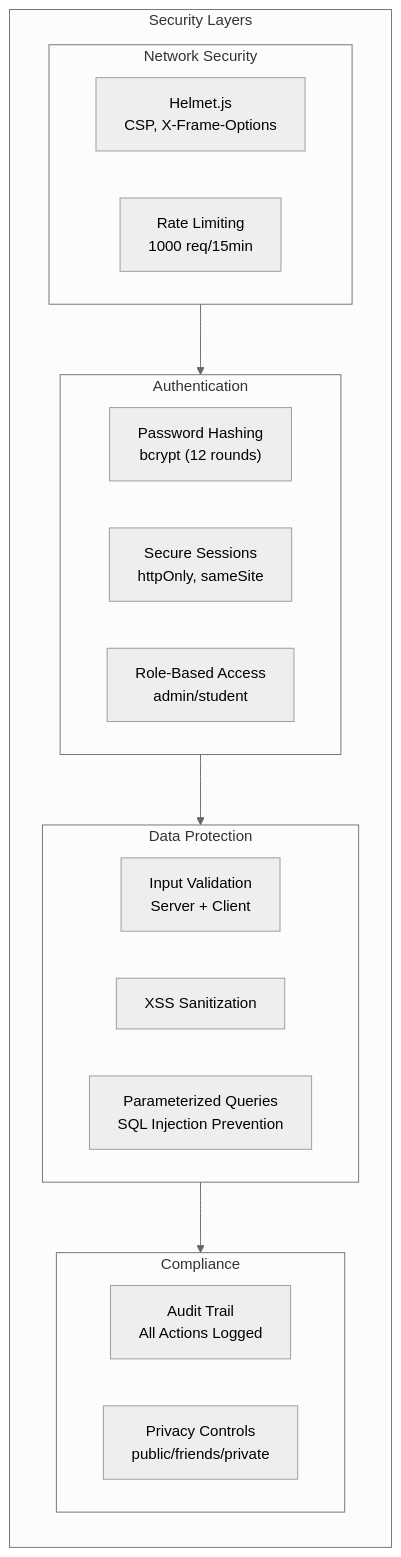
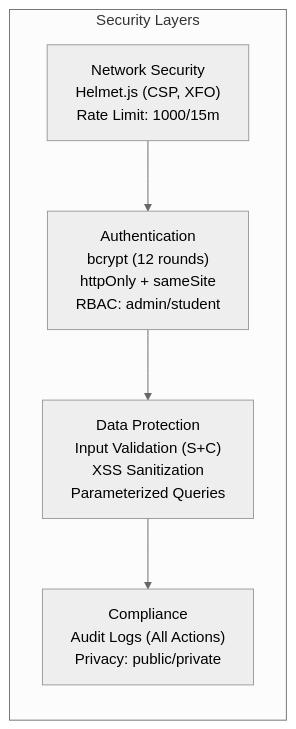
Diagram 19 of 19 in docs/MasterDoc.md (Rishikpamuru/Swap), drawn with Mermaid (neutral theme) before and after one commit. The commit also changed other lines of this file and 1 other file, not shown here.

Commit message:
git commit -m "Update .gitignore to exclude documentation and seed data files"

````diff
--- a/docs/MasterDoc.md
+++ b/docs/MasterDoc.md
@@ -618,30 +617,10 @@
 ```mermaid
 flowchart LR
     subgraph Security["Security Layers"]
-        direction TB
-        
-        subgraph Network["Network Security"]
-            Helmet["Helmet.js<br/>CSP, X-Frame-Options"]
-            RateLimit["Rate Limiting<br/>1000 req/15min"]
-        end
-        
-        subgraph Auth["Authentication"]
-            Bcrypt["Password Hashing<br/>bcrypt (12 rounds)"]
-            Session["Secure Sessions<br/>httpOnly, sameSite"]
-            RBAC["Role-Based Access<br/>admin/student"]
-        end
-        
-        subgraph Data["Data Protection"]
-            Validation["Input Validation<br/>Server + Client"]
-            Sanitize["XSS Sanitization"]
-            Params["Parameterized Queries<br/>SQL Injection Prevention"]
-        end
-        
-        subgraph Audit["Compliance"]
-            Logs["Audit Trail<br/>All Actions Logged"]
-            Privacy["Privacy Controls<br/>public/friends/private"]
-        end
+        Network["Network Security<br/>Helmet.js (CSP, XFO)<br/>Rate Limit: 1000/15m"]
+        Auth["Authentication<br/>bcrypt (12 rounds)<br/>httpOnly + sameSite<br/>RBAC: admin/student"]
+        Data["Data Protection<br/>Input Validation (S+C)<br/>XSS Sanitization<br/>Parameterized Queries"]
+        Audit["Compliance<br/>Audit Logs (All Actions)<br/>Privacy: public/private"]
     end
-    
     Network --> Auth --> Data --> Audit
 ```
````
